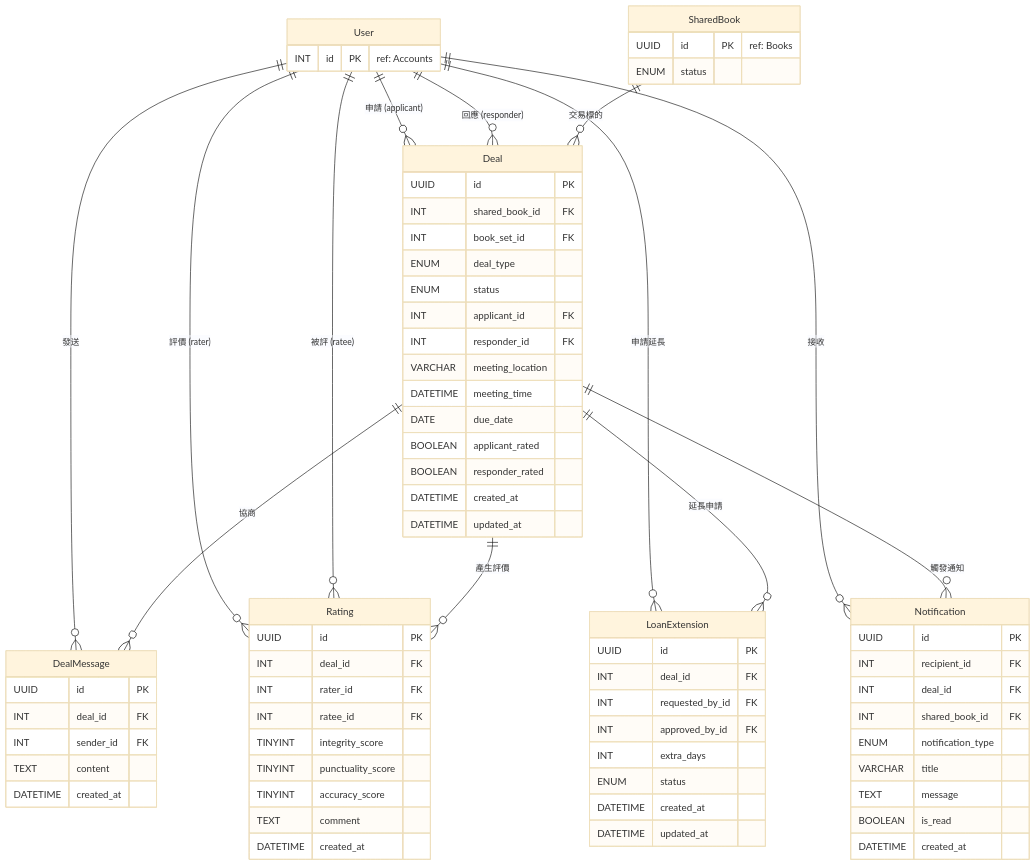
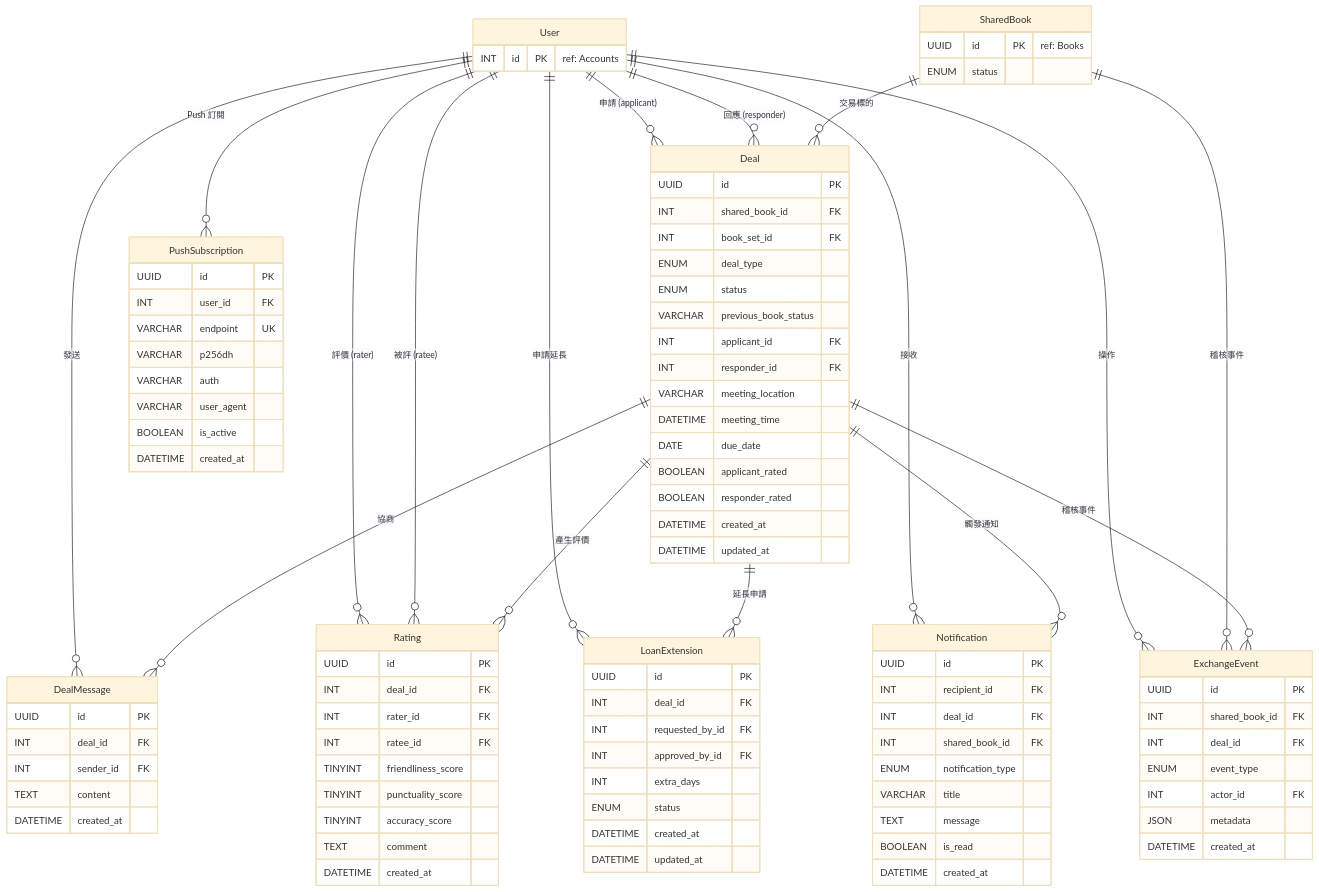
One commit to lucashsu95/exbooks changed the third of 3 diagrams in docs/er-diagram.md. Above: the diagram before and after it, drawn with Mermaid (base theme). The commit also changed other lines of this file and 9 other files, not shown here.

````diff
--- a/docs/er-diagram.md
+++ b/docs/er-diagram.md
@@ -107,12 +206,17 @@
     User ||--o{ Rating : "被評 (ratee)"
     User ||--o{ LoanExtension : "申請延長"
     User ||--o{ Notification : "接收"
+    User ||--o{ ExchangeEvent : "操作"
+    User ||--o{ PushSubscription : "Push 訂閱"
 
     SharedBook ||--o{ Deal : "交易標的"
+    SharedBook ||--o{ ExchangeEvent : "稽核事件"
+
     Deal ||--o{ DealMessage : "協商"
     Deal ||--o{ Rating : "產生評價"
     Deal ||--o{ LoanExtension : "延長申請"
     Deal ||--o{ Notification : "觸發通知"
+    Deal ||--o{ ExchangeEvent : "稽核事件"
 
     User {
         INT id PK "ref: Accounts"
@@ -129,6 +233,7 @@
         INT book_set_id FK
         ENUM deal_type
         ENUM status
+        VARCHAR previous_book_status
         INT applicant_id FK
         INT responder_id FK
         VARCHAR meeting_location
@@ -153,7 +258,7 @@
         INT deal_id FK
         INT rater_id FK
         INT ratee_id FK
-        TINYINT integrity_score
+        TINYINT friendliness_score
         TINYINT punctuality_score
         TINYINT accuracy_score
         TEXT comment
@@ -182,4 +287,25 @@
         BOOLEAN is_read
         DATETIME created_at
     }
+
+    ExchangeEvent {
+        UUID id PK
+        INT shared_book_id FK
+        INT deal_id FK
+        ENUM event_type
+        INT actor_id FK
+        JSON metadata
+        DATETIME created_at
+    }
+
+    PushSubscription {
+        UUID id PK
+        INT user_id FK
+        VARCHAR endpoint UK
+        VARCHAR p256dh
+        VARCHAR auth
+        VARCHAR user_agent
+        BOOLEAN is_active
+        DATETIME created_at
+    }
 ```
````
